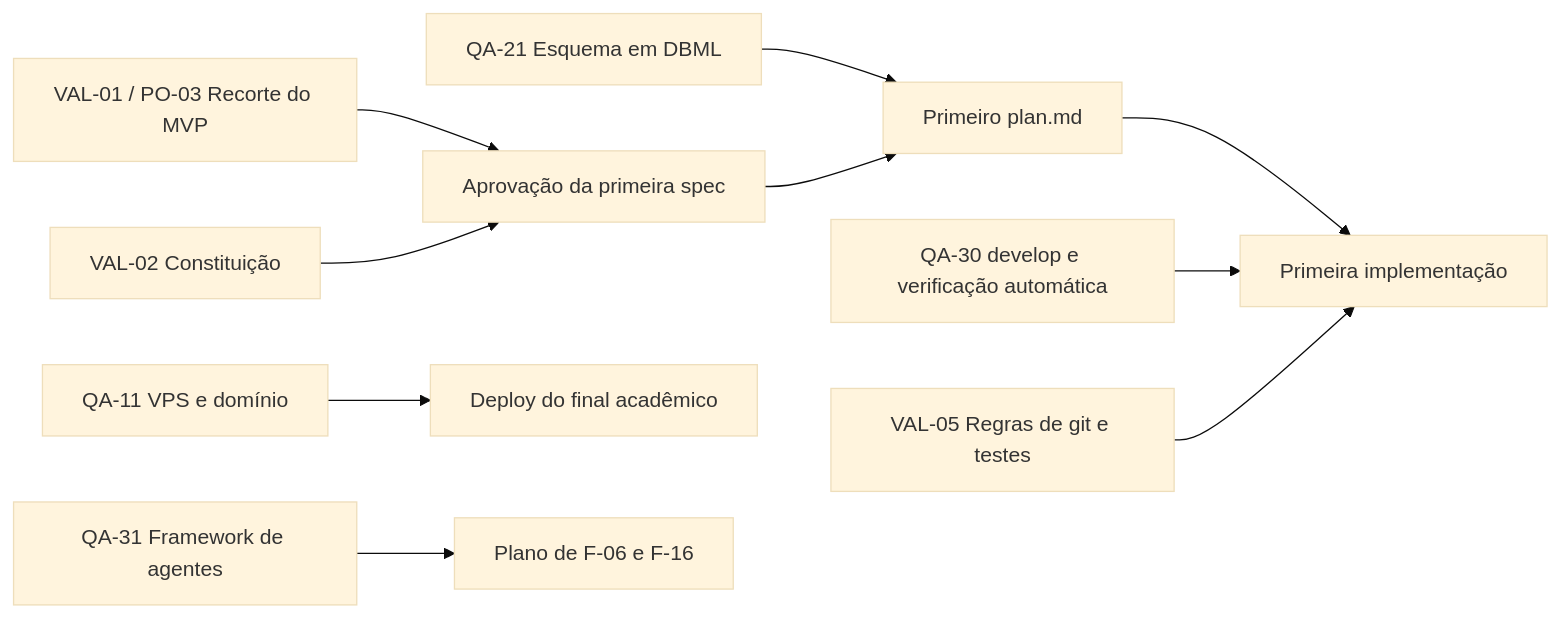
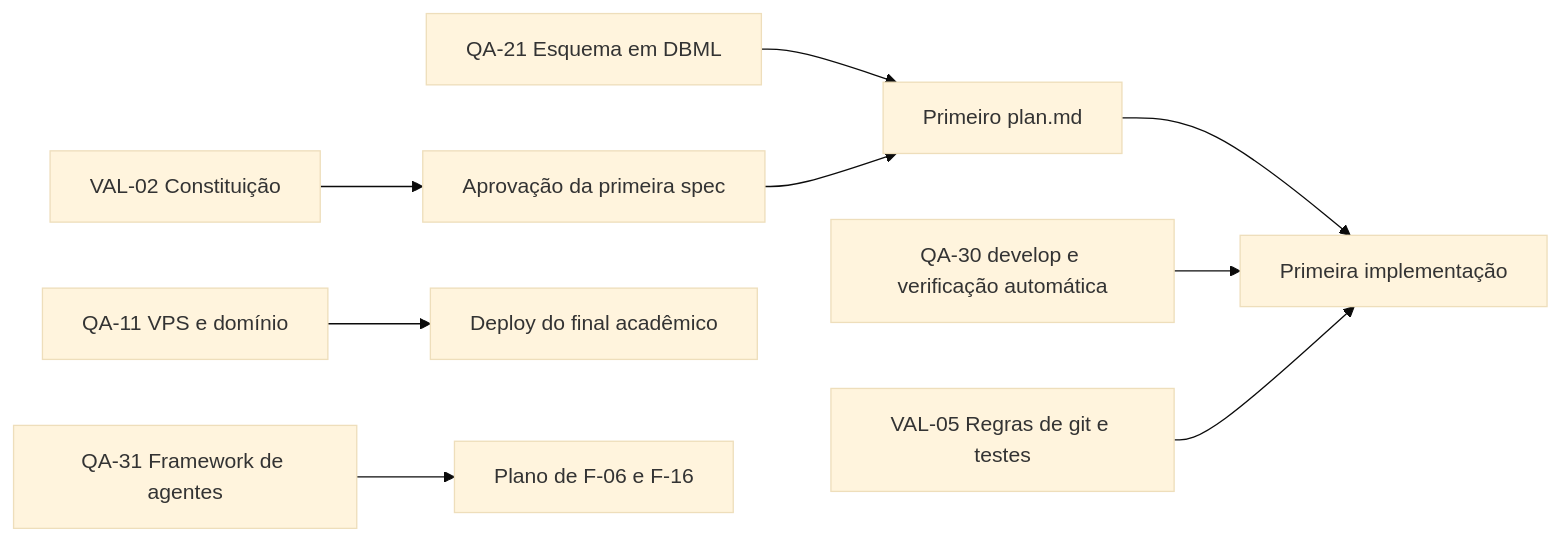
Before and after one commit to AAPW-Systems/plataforma-estudo-gamificada: the diagram in docs/produto/pendencias.md, drawn with Mermaid (base theme). The commit also changed other lines of this file and 5 other files, not shown here.

First line of the commit message:
docs(produto): registra o recorte do MVP como aprovado e restringe a pauta do PO a EX-01 e EX-05

````diff
--- a/docs/produto/pendencias.md
+++ b/docs/produto/pendencias.md
@@ -41,12 +40,11 @@
 ```mermaid
 flowchart LR
     QA21[QA-21 Esquema em DBML] --> PLAN[Primeiro plan.md]
-    VAL01[VAL-01 / PO-03 Recorte do MVP] --> SPEC[Aprovação da primeira spec]
-    VAL02[VAL-02 Constituição] --> SPEC
+    VAL02[VAL-02 Constituição] --> SPEC[Aprovação da primeira spec]
     SPEC --> PLAN
     PLAN --> IMPL[Primeira implementação]
     QA30[QA-30 develop e verificação automática] --> IMPL
     VAL05[VAL-05 Regras de git e testes] --> IMPL
     QA11[QA-11 VPS e domínio] --> DEPLOY[Deploy do final acadêmico]
     QA31[QA-31 Framework de agentes] --> PLANCHAT[Plano de F-06 e F-16]
 ```
````
